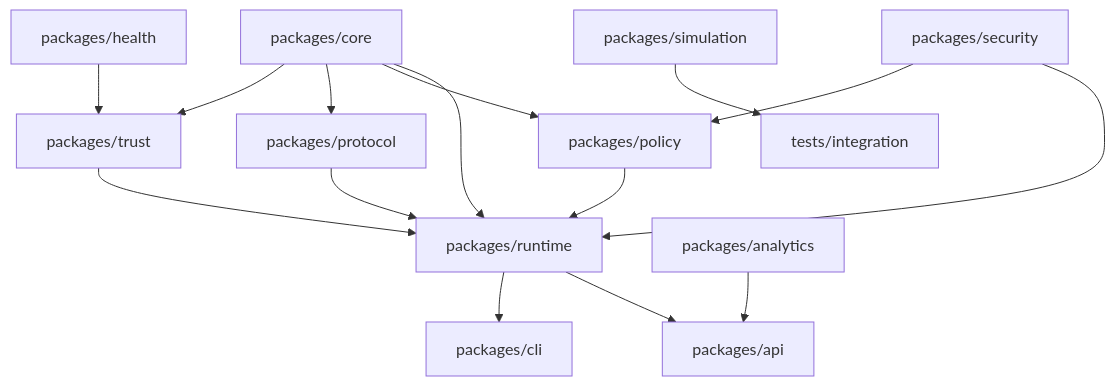
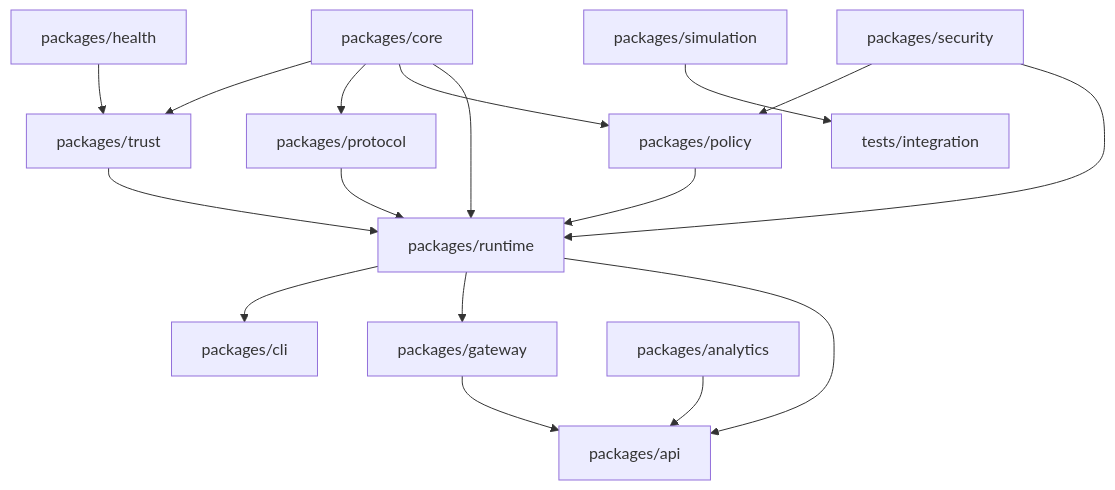
One commit to Blackplane-Systems/AEGIS changed the second of 15 diagrams in learning.md. Above: the diagram before and after it, drawn with Mermaid. The commit also changed other lines of this file and 11 other files, not shown here.

````diff
--- a/learning.md
+++ b/learning.md
@@ -135,17 +138,19 @@
 ```mermaid
 flowchart TD
     Core[packages/core] --> Trust[packages/trust]
     Core --> Protocol[packages/protocol]
     Core --> Policy[packages/policy]
     Core --> Runtime[packages/runtime]
     Trust --> Runtime
     Protocol --> Runtime
     Policy --> Runtime
     Runtime --> CLI[packages/cli]
+    Runtime --> Gateway[packages/gateway]
     Runtime --> API[packages/api]
+    Gateway --> API
     Health[packages/health] --> Trust
     Analytics[packages/analytics] --> API
     Simulation[packages/simulation] --> Tests[tests/integration]
     Security[packages/security] --> Policy
     Security --> Runtime
 ```
````
